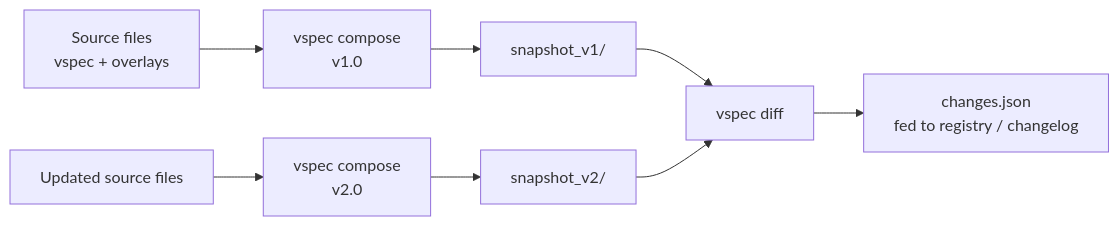
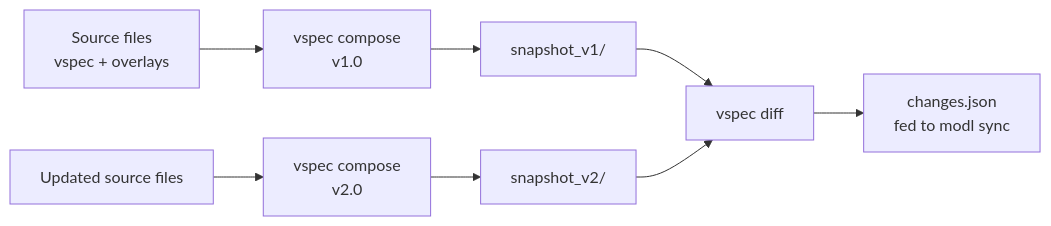
One commit to COVESA/vss-tools changed the second of 2 diagrams in docs/diff.md. Above: the diagram before and after it, drawn with Mermaid. The commit also changed other lines of this file and 4 other files, not shown here.

````diff
--- a/docs/diff.md
+++ b/docs/diff.md
@@ -100,10 +213,10 @@
 ```mermaid
 flowchart LR
     S[Source files\nvspec + overlays] --> C1[vspec compose\nv1.0]
     S2[Updated source files] --> C2[vspec compose\nv2.0]
     C1 --> SN1[snapshot_v1/]
     C2 --> SN2[snapshot_v2/]
     SN1 --> D[vspec diff]
     SN2 --> D
-    D --> J[changes.json\nfed to registry / changelog]
+    D --> J[changes.json\nfed to modl sync]
 ```
````
